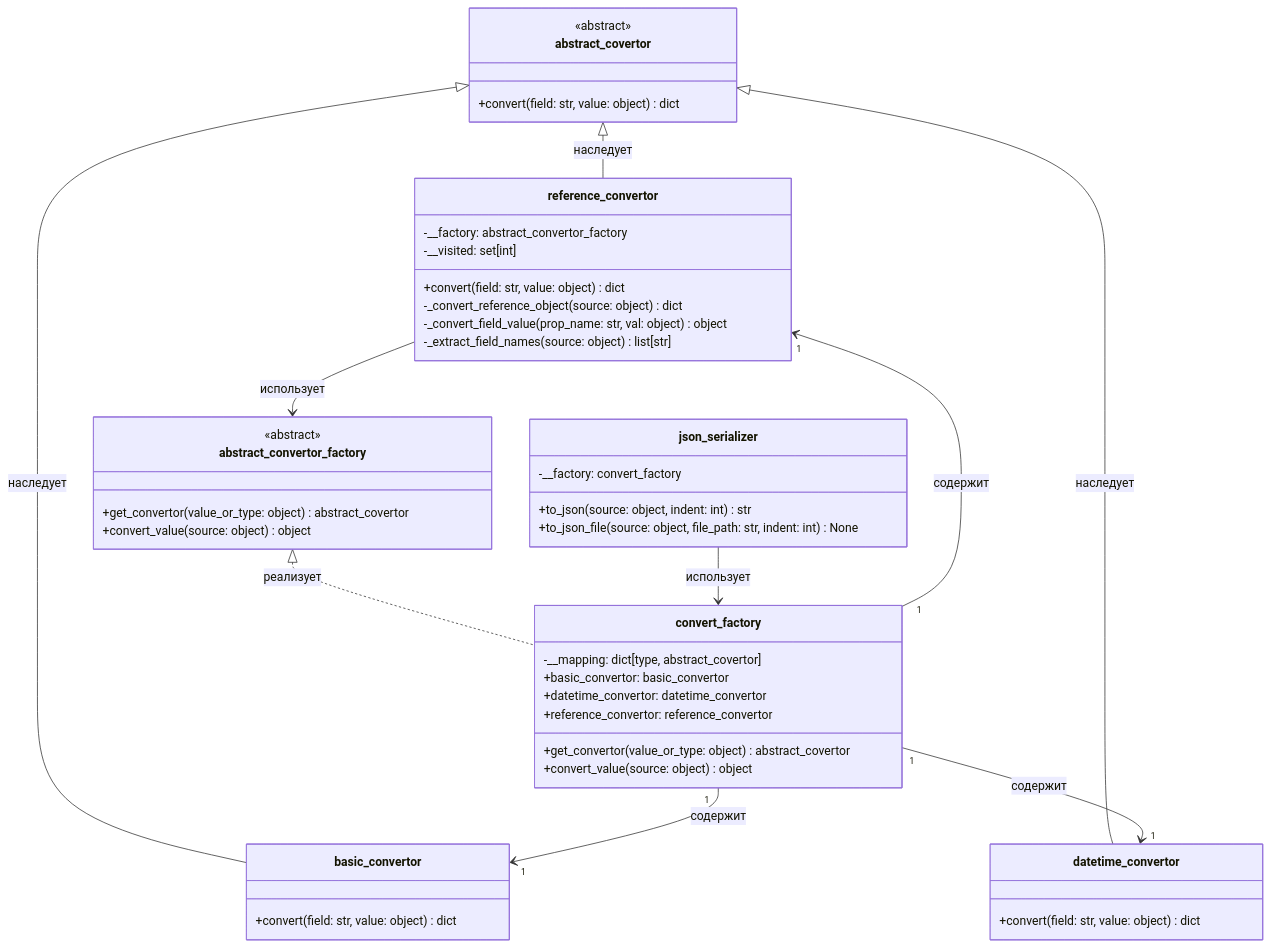
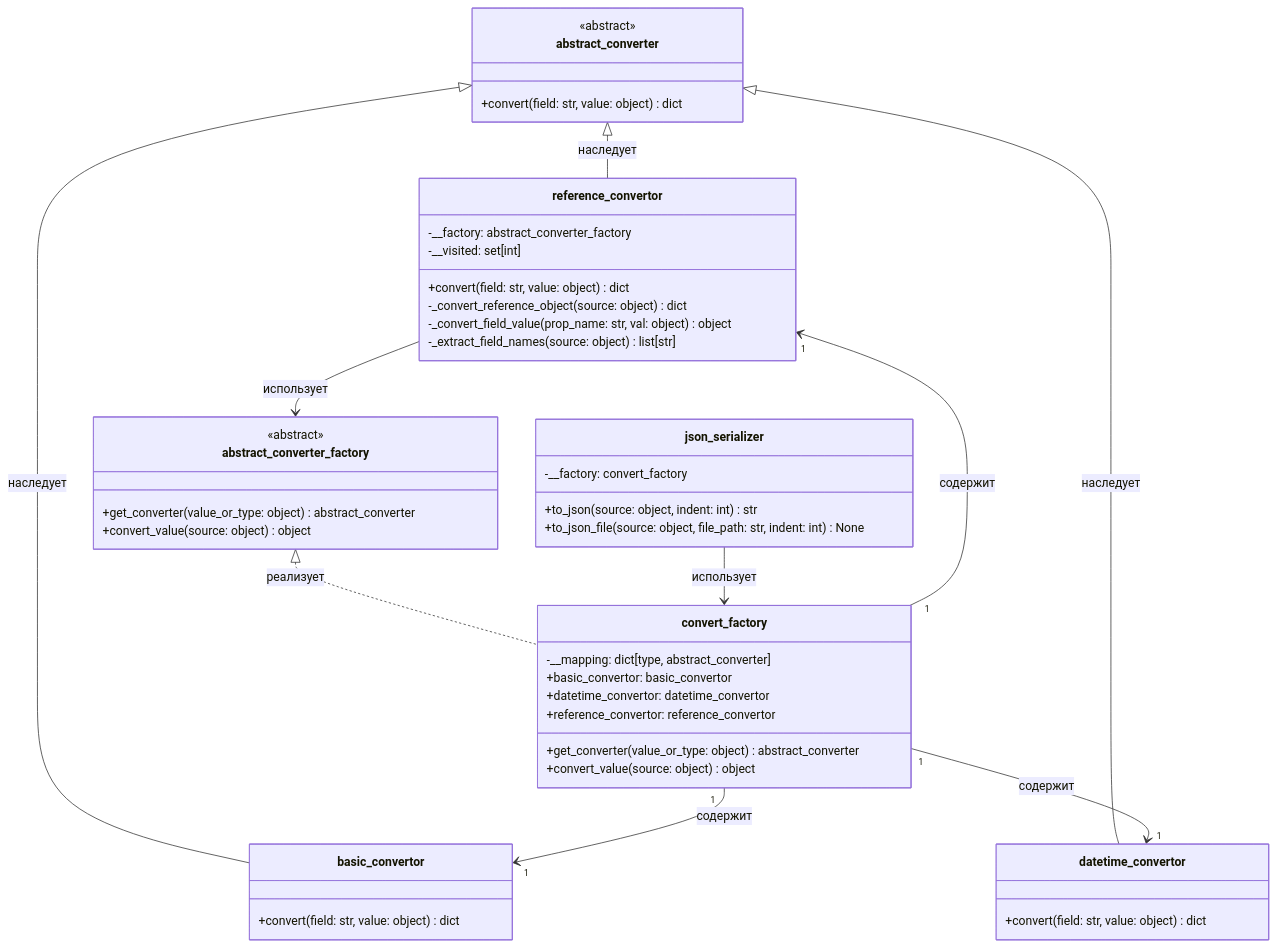
The diagram in Docs/convert_factory.md (Rom-haguko/Patterns2026), drawn with Mermaid before and after one commit. The commit also changed other lines of this file and 64 other files, not shown here.

````diff
--- a/Docs/convert_factory.md
+++ b/Docs/convert_factory.md
@@ -19,60 +19,60 @@
 ```mermaid
 classDiagram
     direction TB
 
-    class abstract_covertor {
+    class abstract_converter {
         <<abstract>>
         +convert(field: str, value: object) dict
     }
 
     class basic_convertor {
         +convert(field: str, value: object) dict
     }
 
     class datetime_convertor {
         +convert(field: str, value: object) dict
     }
 
     class reference_convertor {
-        -__factory: abstract_convertor_factory
+        -__factory: abstract_converter_factory
         -__visited: set[int]
         +convert(field: str, value: object) dict
         -_convert_reference_object(source: object) dict
         -_convert_field_value(prop_name: str, val: object) object
         -_extract_field_names(source: object) list[str]
     }
 
-    class abstract_convertor_factory {
+    class abstract_converter_factory {
         <<abstract>>
-        +get_convertor(value_or_type: object) abstract_covertor
+        +get_converter(value_or_type: object) abstract_converter
         +convert_value(source: object) object
     }
 
     class convert_factory {
-        -__mapping: dict[type, abstract_covertor]
+        -__mapping: dict[type, abstract_converter]
         +basic_convertor: basic_convertor
         +datetime_convertor: datetime_convertor
         +reference_convertor: reference_convertor
-        +get_convertor(value_or_type: object) abstract_covertor
+        +get_converter(value_or_type: object) abstract_converter
         +convert_value(source: object) object
     }
 
     class json_serializer {
         -__factory: convert_factory
         +to_json(source: object, indent: int) str
         +to_json_file(source: object, file_path: str, indent: int) None
     }
 
-    abstract_covertor <|-- basic_convertor : наследует
-    abstract_covertor <|-- datetime_convertor : наследует
-    abstract_covertor <|-- reference_convertor : наследует
+    abstract_converter <|-- basic_convertor : наследует
+    abstract_converter <|-- datetime_convertor : наследует
+    abstract_converter <|-- reference_convertor : наследует
 
-    abstract_convertor_factory <|.. convert_factory : реализует
+    abstract_converter_factory <|.. convert_factory : реализует
 
     convert_factory "1" --> "1" basic_convertor : содержит
     convert_factory "1" --> "1" datetime_convertor : содержит
     convert_factory "1" --> "1" reference_convertor : содержит
 
-    reference_convertor --> abstract_convertor_factory : использует
+    reference_convertor --> abstract_converter_factory : использует
     json_serializer --> convert_factory : использует
 ```
````
